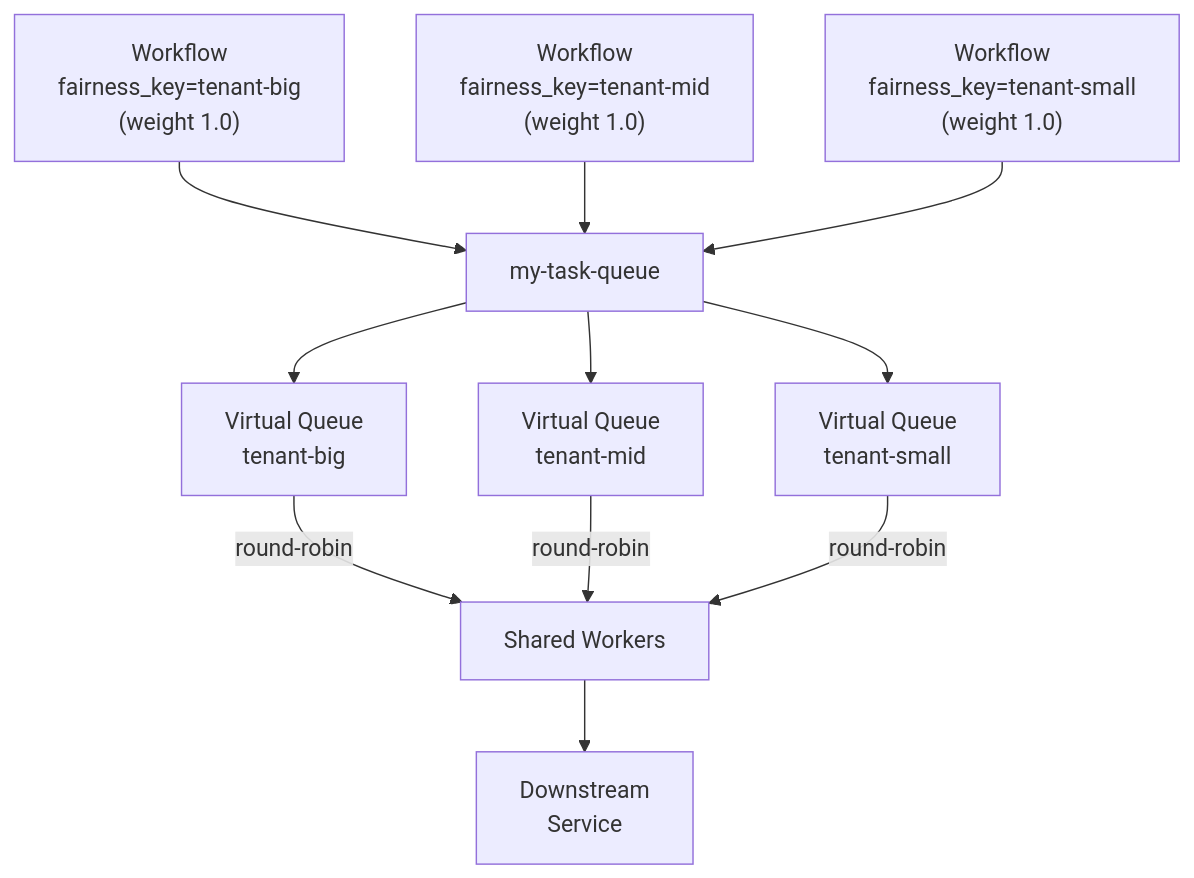
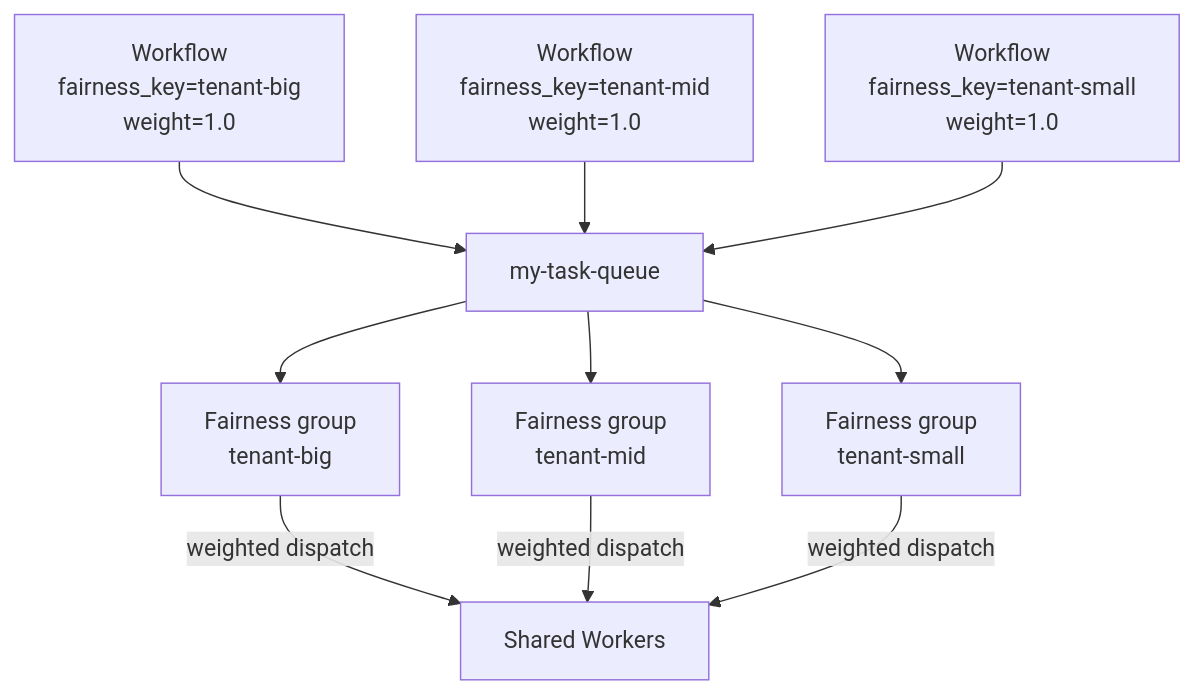
One commit to temporalio/documentation changed the diagram in docs/design-patterns/fairness.mdx. Above: the diagram before and after it, drawn with Mermaid. The commit also changed other lines of this file and 8 other files, not shown here.

Commit message:
docs: correct fairness dispatch semantics

````diff
--- a/docs/design-patterns/fairness.mdx
+++ b/docs/design-patterns/fairness.mdx
@@ -30,13 +29,12 @@
 ```mermaid
 flowchart TD
-    WA["Workflow\nfairness_key=tenant-big\n(weight 1.0)"] --> TQ["my-task-queue"]
-    WB["Workflow\nfairness_key=tenant-mid\n(weight 1.0)"] --> TQ
-    WC["Workflow\nfairness_key=tenant-small\n(weight 1.0)"] --> TQ
-    TQ --> VQ1["Virtual Queue\ntenant-big"]
-    TQ --> VQ2["Virtual Queue\ntenant-mid"]
-    TQ --> VQ3["Virtual Queue\ntenant-small"]
-    VQ1 -->|round-robin| W["Shared Workers"]
-    VQ2 -->|round-robin| W
-    VQ3 -->|round-robin| W
-    W --> DS["Downstream\nService"]
+    WA["Workflow\nfairness_key=tenant-big\nweight=1.0"] --> TQ["my-task-queue"]
+    WB["Workflow\nfairness_key=tenant-mid\nweight=1.0"] --> TQ
+    WC["Workflow\nfairness_key=tenant-small\nweight=1.0"] --> TQ
+    TQ --> VQ1["Fairness group\ntenant-big"]
+    TQ --> VQ2["Fairness group\ntenant-mid"]
+    TQ --> VQ3["Fairness group\ntenant-small"]
+    VQ1 -->|weighted dispatch| W["Shared Workers"]
+    VQ2 -->|weighted dispatch| W
+    VQ3 -->|weighted dispatch| W
 ```
````
